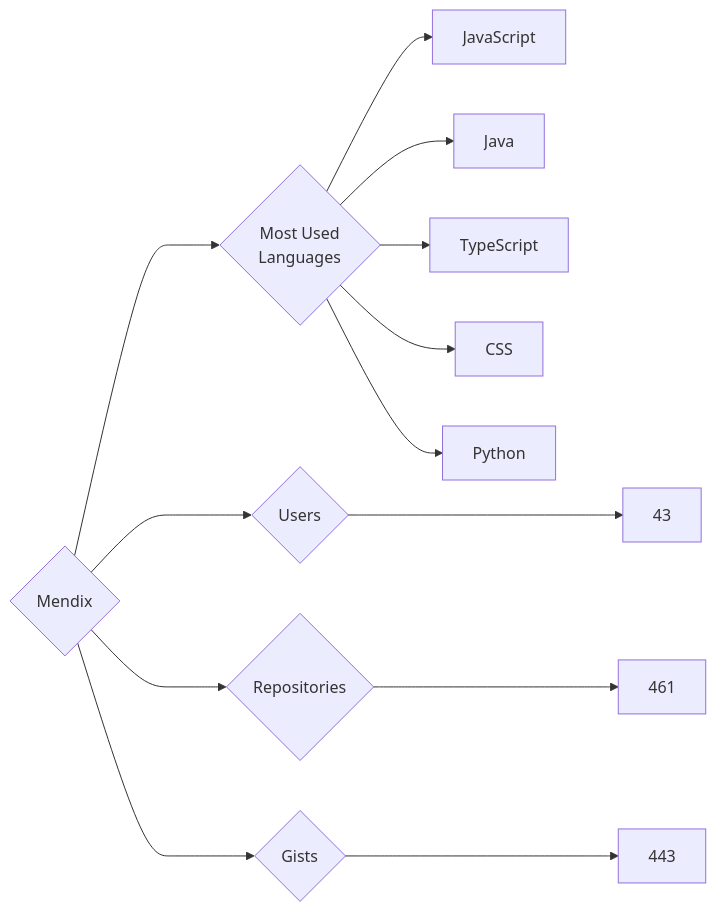
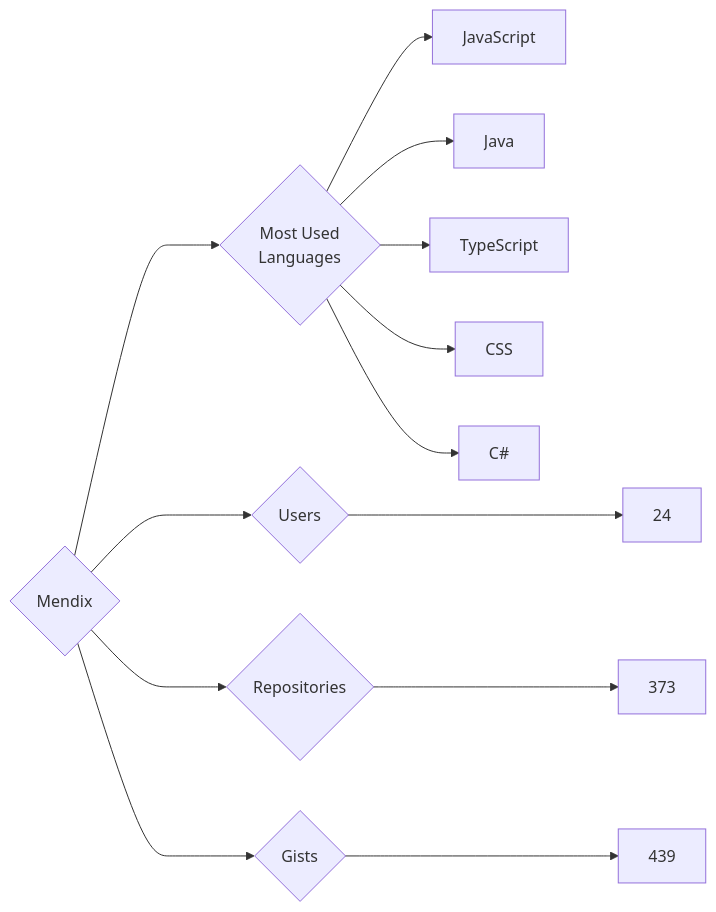
One commit to trickest/insiders changed the diagram in targets/Mendix/README.md. Above: the diagram before and after it, drawn with Mermaid. The commit also changed 972 other files, not shown here.

````diff
--- a/targets/Mendix/README.md
+++ b/targets/Mendix/README.md
@@ -3,13 +3,13 @@
 ```mermaid
 graph LR
 COMPANY_NAME{Mendix}
-COMPANY_NAME ---> U{Users} ---> UN[43]
-COMPANY_NAME ---> R{Repositories} ---> RN[461]
-COMPANY_NAME ---> G{Gists} ---> GN[443]
+COMPANY_NAME ---> U{Users} ---> UN[24]
+COMPANY_NAME ---> R{Repositories} ---> RN[373]
+COMPANY_NAME ---> G{Gists} ---> GN[439]
 COMPANY_NAME ---> ML{Most Used<br>Languages}
 ML --> JavaScript[JavaScript]
 ML --> Java[Java]
 ML --> TypeScript[TypeScript]
 ML --> CSS[CSS]
-ML --> Python[Python]
+ML --> C#[C#]
 ```
````
